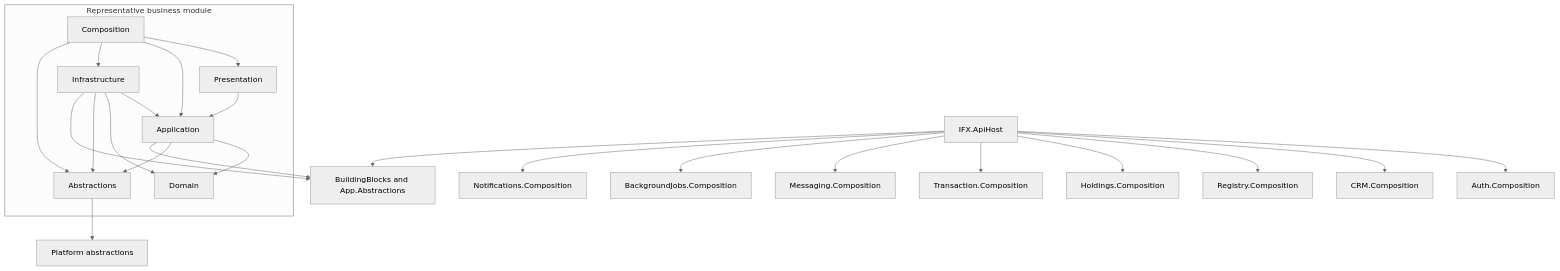
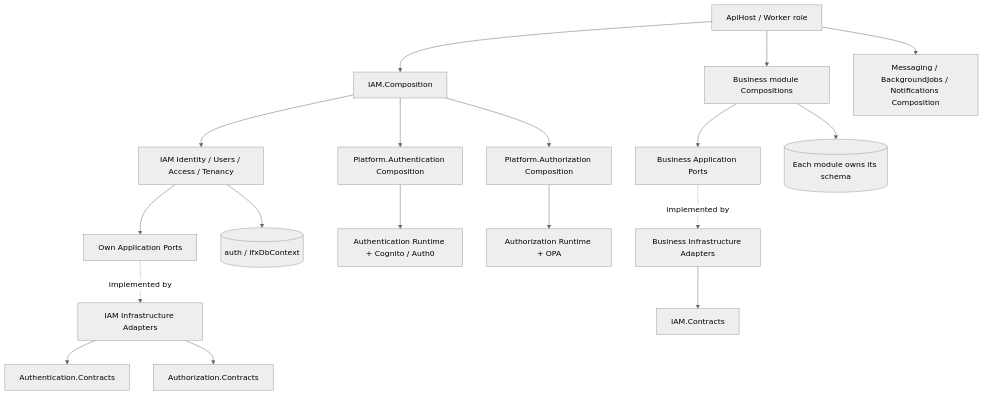
Before and after one commit to von12549/IFX: the diagram in docs/architecture/review/diagrams/01-current-architecture.md, drawn with Mermaid (neutral theme). The commit also changed other lines of this file and 12 other files, not shown here.

Commit message:
test(architecture): complete plan05 release validation and implementation docs

````diff
--- a/docs/architecture/review/diagrams/01-current-architecture.md
+++ b/docs/architecture/review/diagrams/01-current-architecture.md
@@ -13,40 +7,20 @@
 ```mermaid
 flowchart TB
-    Host[IFX.ApiHost]
-
-    Host --> AuthC[Auth.Composition]
-    Host --> CrmC[CRM.Composition]
-    Host --> RegC[Registry.Composition]
-    Host --> HoldC[Holdings.Composition]
-    Host --> TxC[Transaction.Composition]
-    Host --> MsgC[Messaging.Composition]
-    Host --> JobsC[BackgroundJobs.Composition]
-    Host --> NotifyC[Notifications.Composition]
-
-    subgraph Representative[Representative business module]
-        Comp[Composition]
-        Pres[Presentation]
-        App[Application]
-        Dom[Domain]
-        Infra[Infrastructure]
-        Abs[Abstractions]
-
-        Comp --> Pres
-        Comp --> App
-        Comp --> Infra
-        Comp --> Abs
-        Pres --> App
-        App --> Dom
-        App --> Abs
-        Infra --> App
-        Infra --> Dom
-        Infra --> Abs
-    end
-
-    Shared[BuildingBlocks and App.Abstractions]
-    Platform[Platform abstractions]
-    Host --> Shared
-    App --> Shared
-    Infra --> Shared
-    Abs --> Platform
+    H[ApiHost / Worker role] --> IC[IAM.Composition]
+    H --> BC[Business module Compositions]
+    IC --> IAM[IAM Identity / Users / Access / Tenancy]
+    IC --> A[Platform.Authentication Composition]
+    IC --> Z[Platform.Authorization Composition]
+    IAM --> AP[Own Application Ports]
+    AP -. implemented by .-> IA[IAM Infrastructure Adapters]
+    IA --> AT[Authentication.Contracts]
+    IA --> ZT[Authorization.Contracts]
+    BC --> BP[Business Application Ports]
+    BP -. implemented by .-> BA[Business Infrastructure Adapters]
+    BA --> CT[IAM.Contracts]
+    A --> AR[Authentication Runtime + Cognito / Auth0]
+    Z --> ZR[Authorization Runtime + OPA]
+    IAM --> DB[(auth / IfxDbContext)]
+    BC --> BD[(Each module owns its schema)]
+    H --> P[Messaging / BackgroundJobs / Notifications Composition]
 ```
````
